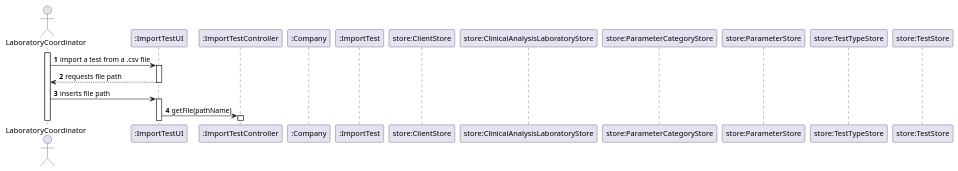
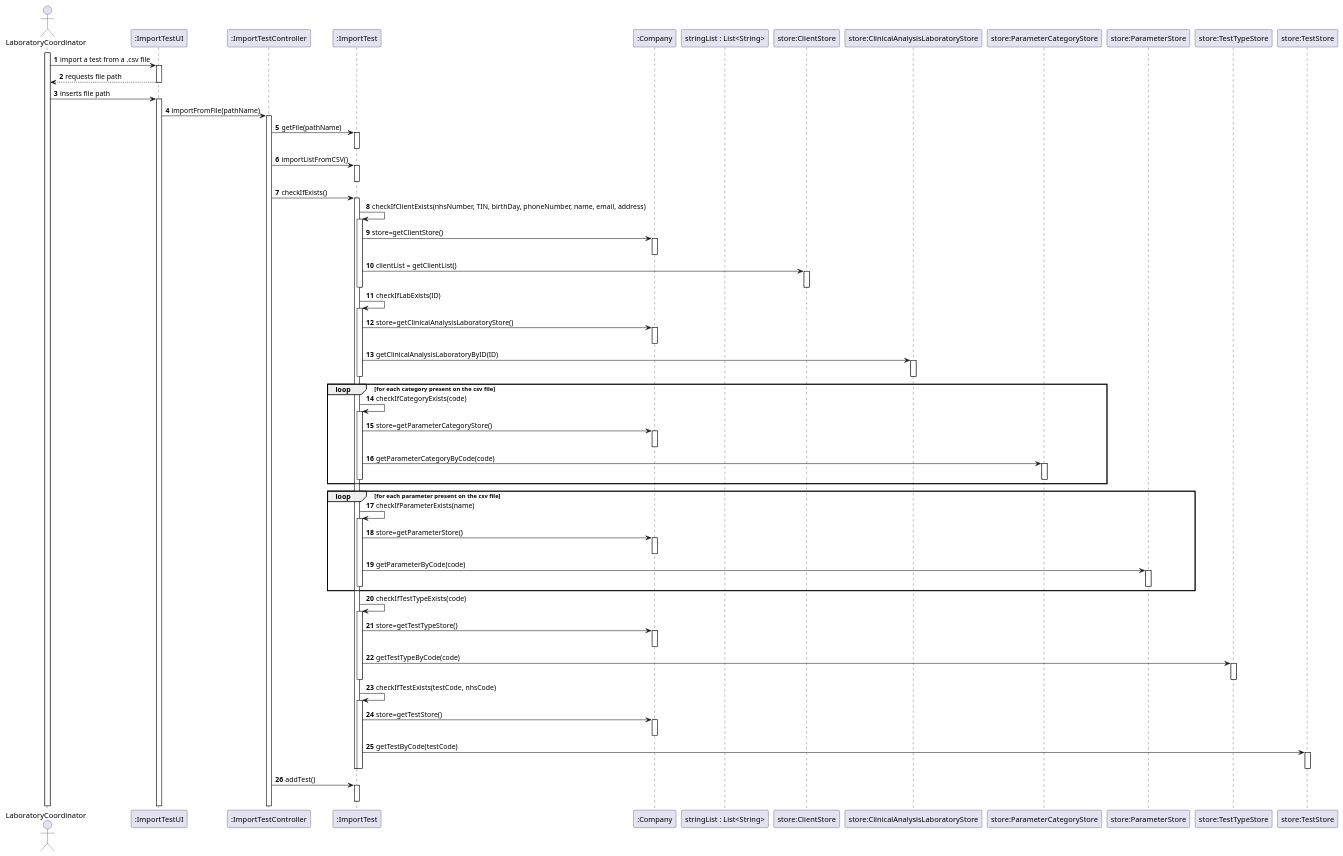
Before and after one commit to 0franciscor/lei-21-s2-1de-g19: the diagram in docs/SprintD/US17/US17-SD.puml, drawn with PlantUML. The commit also changed 4 other files, not shown here.

```diff
--- a/docs/SprintD/US17/US17-SD.puml
+++ b/docs/SprintD/US17/US17-SD.puml
@@ -1,32 +1,118 @@
 @startuml
 autonumber
 
 actor "LaboratoryCoordinator" as labC
 activate labC
 
 participant ":ImportTestUI" as ImportTestUI
 participant ":ImportTestController" as ImportTestController
+participant ":ImportTest" as ImportTest
 participant ":Company" as Company
-participant ":ImportTest" as ImportTest
+participant "stringList : List<String>" as stringList
 participant "store:ClientStore" as ClientStore
 participant "store:ClinicalAnalysisLaboratoryStore" as CALStore
 participant "store:ParameterCategoryStore" as ParameterCategoryStore
 participant "store:ParameterStore" as ParameterStore
 participant "store:TestTypeStore" as TestTypeStore
 participant "store:TestStore" as TestStore
 
 
 labC -> ImportTestUI : import a test from a .csv file
 activate ImportTestUI
 
 ImportTestUI --> labC : requests file path
 deactivate ImportTestUI
 
 labC -> ImportTestUI : inserts file path
 activate ImportTestUI
 
-ImportTestUI -> ImportTestController : getFile(pathName)
+
+ImportTestUI -> ImportTestController : importFromFile(pathName)
 activate ImportTestController
 
 
+ImportTestController -> ImportTest  : getFile(pathName)
+activate ImportTest
+deactivate ImportTest
+
+
+ImportTestController -> ImportTest   : importListFromCSV()
+activate ImportTest
+deactivate ImportTest
+
+
+ImportTestController -> ImportTest : checkIfExists()
+activate ImportTest
+
+
+ImportTest -> ImportTest ++: checkIfClientExists(nhsNumber, TIN, birthDay, phoneNumber, name, email, address)
+ImportTest -> Company : store=getClientStore()
+activate Company
+deactivate Company
+ImportTest -> ClientStore : clientList = getClientList()
+activate ClientStore
+deactivate ClientStore
+deactivate ImportTest
+
+
+ImportTest -> ImportTest ++: checkIfLabExists(ID)
+ImportTest -> Company : store=getClinicalAnalysisLaboratoryStore()
+activate Company
+deactivate Company
+ImportTest -> CALStore : getClinicalAnalysisLaboratoryByID(ID)
+activate CALStore
+deactivate CALStore
+deactivate ImportTest
+
+
+loop for each category present on the csv file
+ImportTest -> ImportTest ++: checkIfCategoryExists(code)
+ImportTest -> Company : store=getParameterCategoryStore()
+activate Company
+deactivate Company
+ImportTest -> ParameterCategoryStore : getParameterCategoryByCode(code)
+activate ParameterCategoryStore
+deactivate ParameterCategoryStore
+deactivate ImportTest
+end
+
+
+loop for each parameter present on the csv file
+ImportTest -> ImportTest ++: checkIfParameterExists(name)
+ImportTest -> Company : store=getParameterStore()
+activate Company
+deactivate Company
+ImportTest -> ParameterStore : getParameterByCode(code)
+activate ParameterStore
+deactivate ParameterStore
+deactivate ImportTest
+end
+
+
+ImportTest -> ImportTest ++: checkIfTestTypeExists(code)
+ImportTest -> Company : store=getTestTypeStore()
+activate Company
+deactivate Company
+ImportTest -> TestTypeStore : getTestTypeByCode(code)
+activate TestTypeStore
+deactivate TestTypeStore
+deactivate ImportTest
+
+
+ImportTest -> ImportTest ++: checkIfTestExists(testCode, nhsCode)
+ImportTest -> Company : store=getTestStore()
+activate Company
+deactivate Company
+ImportTest -> TestStore : getTestByCode(testCode)
+activate TestStore
+deactivate TestStore
+deactivate ImportTest
+
+
+deactivate ImportTest
+
+ImportTestController -> ImportTest : addTest()
+activate ImportTest
+deactivate ImportTest
+
 @enduml
```
